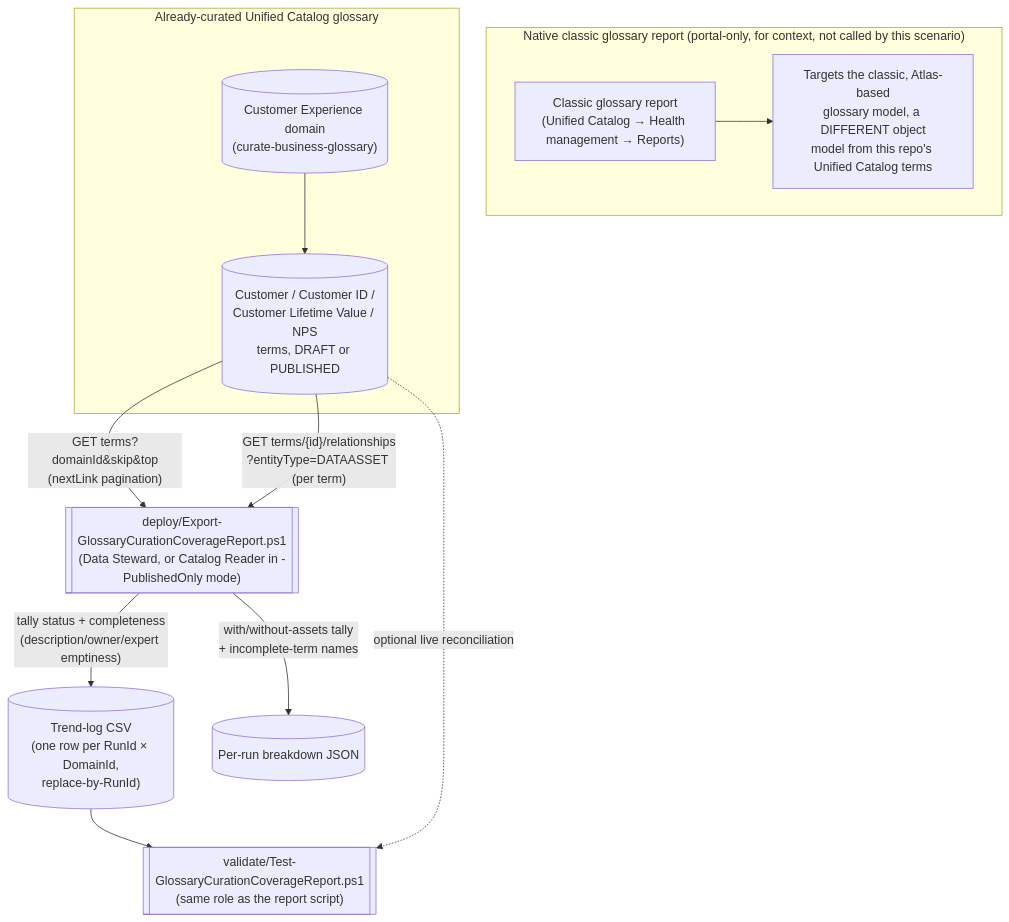
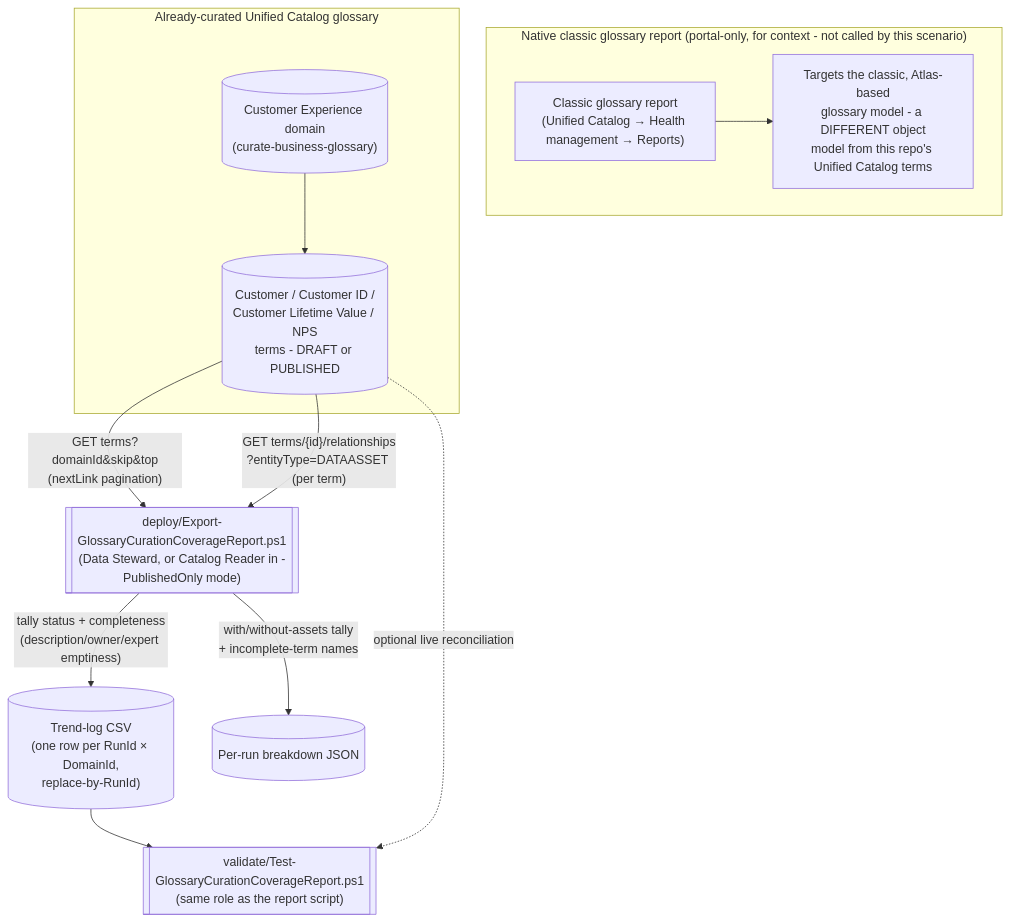
The diagram in src/content/scenarios/data-estate-insights/glossary-curation-coverage-report.md (kpsec1/kpsec1.github.io), drawn with Mermaid before and after one commit. The commit also changed other lines of this file and 374 other files, not shown here.

````diff
--- a/src/content/scenarios/data-estate-insights/glossary-curation-coverage-report.md
+++ b/src/content/scenarios/data-estate-insights/glossary-curation-coverage-report.md
@@ -80,24 +80,24 @@
 ```mermaid
 flowchart TD
-    subgraph Native["Native classic glossary report (portal-only, for context, not called by this scenario)"]
+    subgraph Native["Native classic glossary report (portal-only, for context - not called by this scenario)"]
         Insights["Classic glossary report<br/>(Unified Catalog → Health management → Reports)"]
-        ClassicModel["Targets the classic, Atlas-based<br/>glossary model, a DIFFERENT object<br/>model from this repo's Unified Catalog terms"]
+        ClassicModel["Targets the classic, Atlas-based<br/>glossary model - a DIFFERENT object<br/>model from this repo's Unified Catalog terms"]
         Insights --> ClassicModel
     end
 
     subgraph Curated["Already-curated Unified Catalog glossary"]
         Domain[("Customer Experience domain<br/>(curate-business-glossary)")]
-        Terms[("Customer / Customer ID /<br/>Customer Lifetime Value / NPS<br/>terms, DRAFT or PUBLISHED")]
+        Terms[("Customer / Customer ID /<br/>Customer Lifetime Value / NPS<br/>terms - DRAFT or PUBLISHED")]
         Domain --> Terms
     end
 
     Report[["deploy/Export-GlossaryCurationCoverageReport.ps1<br/>(Data Steward, or Catalog Reader in -PublishedOnly mode)"]]
     Terms -- "GET terms?domainId&skip&top<br/>(nextLink pagination)" --> Report
     Report -- "tally status + completeness<br/>(description/owner/expert emptiness)" --> Trend[("Trend-log CSV<br/>(one row per RunId × DomainId,<br/>replace-by-RunId)")]
     Terms -- "GET terms/{id}/relationships<br/>?entityType=DATAASSET (per term)" --> Report
     Report -- "with/without-assets tally<br/>+ incomplete-term names" --> Breakdown[("Per-run breakdown JSON")]
 
     Validator[["validate/Test-GlossaryCurationCoverageReport.ps1<br/>(same role as the report script)"]]
     Trend --> Validator
     Terms -. "optional live reconciliation" .-> Validator
 ```
````
